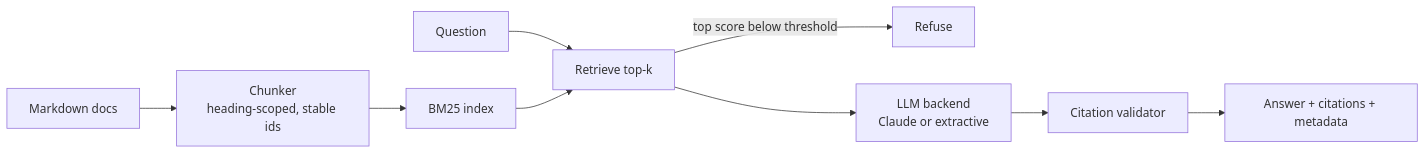
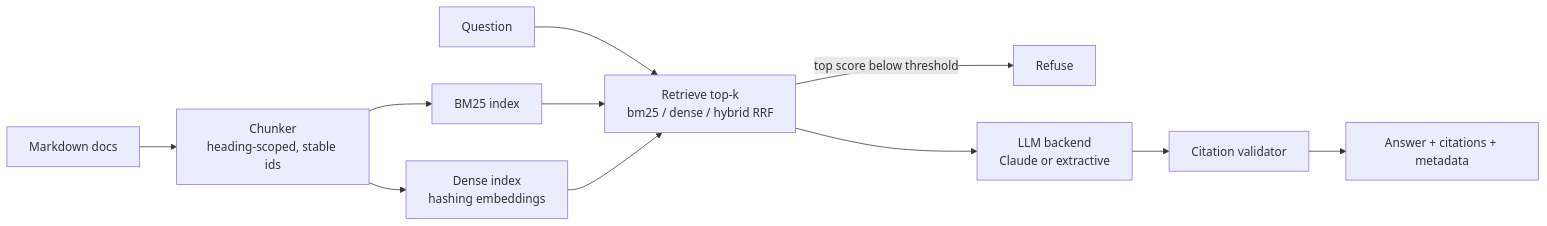
The diagram in README.md (ChauHuynh17071994/docs-rag-evals), drawn with Mermaid before and after one commit. The commit also changed other lines of this file and 1 other file, not shown here.

Commit message:
docs: document hybrid retrieval and measured bm25/dense/hybrid comparison

````diff
--- a/README.md
+++ b/README.md
@@ -22,11 +22,13 @@
 ```mermaid
 flowchart LR
     D[Markdown docs] --> C[Chunker<br/>heading-scoped, stable ids]
     C --> I[BM25 index]
-    Q[Question] --> R[Retrieve top-k]
+    C --> E[Dense index<br/>hashing embeddings]
+    Q[Question] --> R[Retrieve top-k<br/>bm25 / dense / hybrid RRF]
     I --> R
+    E --> R
     R -->|top score below threshold| X[Refuse]
     R --> L[LLM backend<br/>Claude or extractive]
     L --> V[Citation validator]
     V --> A[Answer + citations + metadata]
 ```
````
